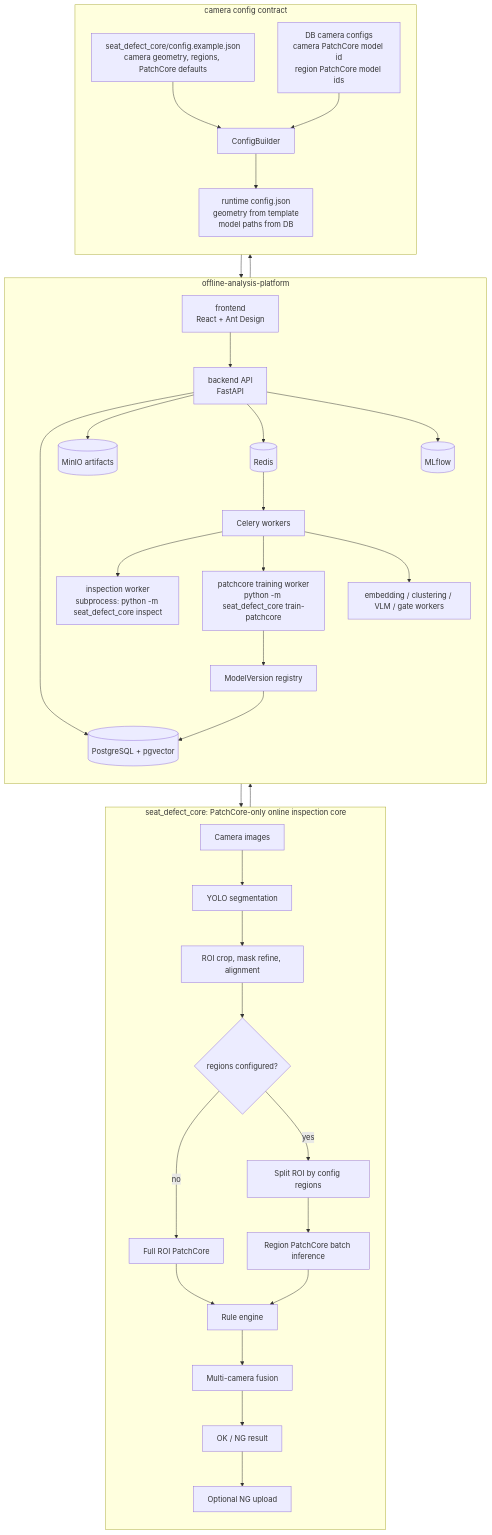
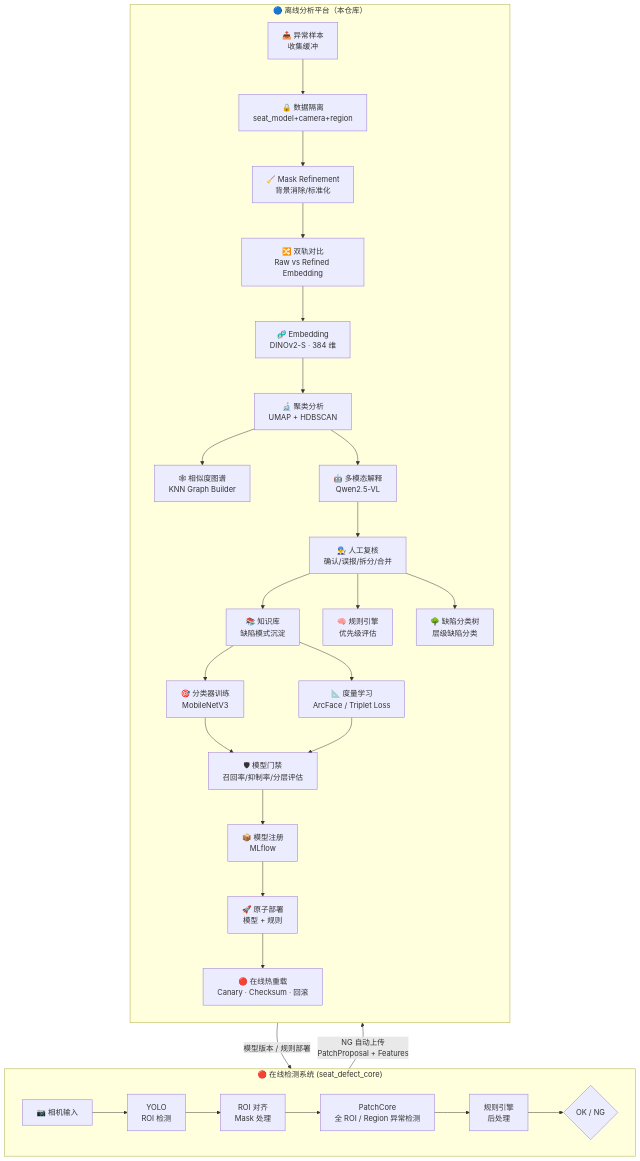
One commit to celien99/offline-analysis-platform changed the diagram in README.md. Above: the diagram before and after it, drawn with Mermaid. The commit also changed other lines of this file, not shown here.

Commit message:
docs: align readme with patchcore branch

````diff
--- a/README.md
+++ b/README.md
@@ -18,48 +35,36 @@
 ```mermaid
 flowchart TB
-    subgraph CORE["seat_defect_core: PatchCore-only online inspection core"]
-        direction TB
-        IMG["Camera images"] --> YOLO["YOLO segmentation"]
-        YOLO --> ROI["ROI crop, mask refine, alignment"]
-        ROI --> REGION{"regions configured?"}
-        REGION -- "no" --> FULLPC["Full ROI PatchCore"]
-        REGION -- "yes" --> SPLIT["Split ROI by config regions"]
-        SPLIT --> RPC["Region PatchCore batch inference"]
-        FULLPC --> RULE["Rule engine"]
-        RPC --> RULE
-        RULE --> FUSION["Multi-camera fusion"]
-        FUSION --> RESULT["OK / NG result"]
-        RESULT --> UPLOAD["Optional NG upload"]
+    subgraph ONLINE["🔴 在线检测系统 (seat_defect_core)"]
+        direction LR
+        CAM["📷 相机输入"] --> YOLO["YOLO<br/>ROI 检测"]
+        YOLO --> ROI["ROI 对齐<br/>Mask 处理"]
+        ROI --> PC["PatchCore<br/>全 ROI / Region 异常检测"]
+        PC --> RE["规则引擎<br/>后处理"]
+        RE --> DECISION{"OK / NG"}
     end
 
-    subgraph PLATFORM["offline-analysis-platform"]
+    subgraph OFFLINE["🔵 离线分析平台（本仓库）"]
         direction TB
-        FE["frontend<br/>React + Ant Design"] --> API["backend API<br/>FastAPI"]
-        API --> DB[("PostgreSQL + pgvector")]
-        API --> MINIO[("MinIO artifacts")]
-        API --> REDIS[("Redis")]
-        API --> MLFLOW[("MLflow")]
-        REDIS --> WORKER["Celery workers"]
-        WORKER --> CORE_RUN["inspection worker<br/>subprocess: python -m seat_defect_core inspect"]
-        WORKER --> PC_TRAIN["patchcore training worker<br/>python -m seat_defect_core train-patchcore"]
-        WORKER --> EMB["embedding / clustering / VLM / gate workers"]
-        PC_TRAIN --> REGISTRY["ModelVersion registry"]
-        REGISTRY --> DB
+        INGEST["📥 异常样本<br/>收集缓冲"] --> ISOLATION["🔒 数据隔离<br/>seat_model+camera+region"]
+        ISOLATION --> MASK["🧹 Mask Refinement<br/>背景消除/标准化"]
+        MASK --> DUAL["🔀 双轨对比<br/>Raw vs Refined Embedding"]
+        DUAL --> EMBED["🧬 Embedding<br/>DINOv2-S · 384 维"]
+        EMBED --> CLUSTER["🔬 聚类分析<br/>UMAP + HDBSCAN"]
+        CLUSTER --> GRAPH["🕸 相似度图谱<br/>KNN Graph Builder"]
+        CLUSTER --> VLM["🤖 多模态解释<br/>Qwen2.5-VL"]
+        VLM --> REVIEW["👨‍🔧 人工复核<br/>确认/误报/拆分/合并"]
+        REVIEW --> KB["📚 知识库<br/>缺陷模式沉淀"]
+        REVIEW --> RULES["🧠 规则引擎<br/>优先级评估"]
+        REVIEW --> TAX["🌳 缺陷分类树<br/>层级缺陷分类"]
+        KB --> TRAIN["🎯 分类器训练<br/>MobileNetV3"]
+        KB --> METRIC["📐 度量学习<br/>ArcFace / Triplet Loss"]
+        TRAIN --> GATE["🛡 模型门禁<br/>召回率/抑制率/分层评估"]
+        METRIC --> GATE
+        GATE --> REGISTRY["📦 模型注册<br/>MLflow"]
+        REGISTRY --> DEPLOY["🚀 原子部署<br/>模型 + 规则"]
+        DEPLOY --> HOT["🔴 在线热重载<br/>Canary · Checksum · 回滚"]
     end
 
-    CORE_RUN --> CORE
-    UPLOAD --> API
-
-    subgraph CONFIG["camera config contract"]
-        direction TB
-        TEMPLATE["seat_defect_core/config.example.json<br/>camera geometry, regions, PatchCore defaults"]
-        BINDING["DB camera configs<br/>camera PatchCore model id<br/>region PatchCore model ids"]
-        BUILDER["ConfigBuilder"]
-        TEMPLATE --> BUILDER
-        BINDING --> BUILDER
-        BUILDER --> RUNTIME["runtime config.json<br/>geometry from template<br/>model paths from DB"]
-    end
-
-    API --> BUILDER
-    RUNTIME --> CORE_RUN
+    ONLINE -->|"NG 自动上传<br/>PatchProposal + Features"| INGEST
+    HOT -->|"模型版本 / 规则部署"| ONLINE
 ```
````
